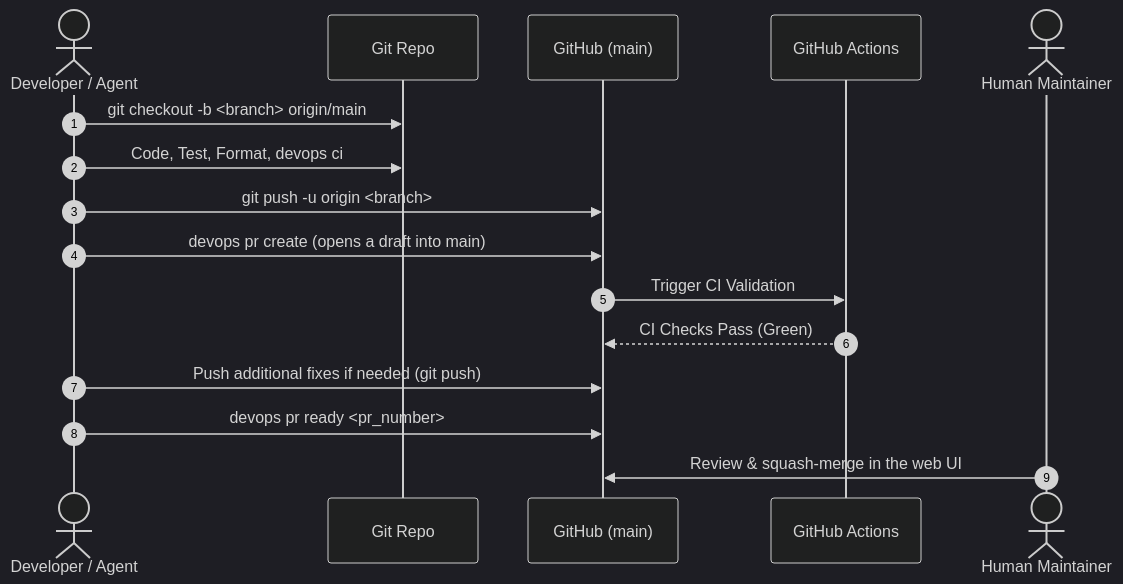
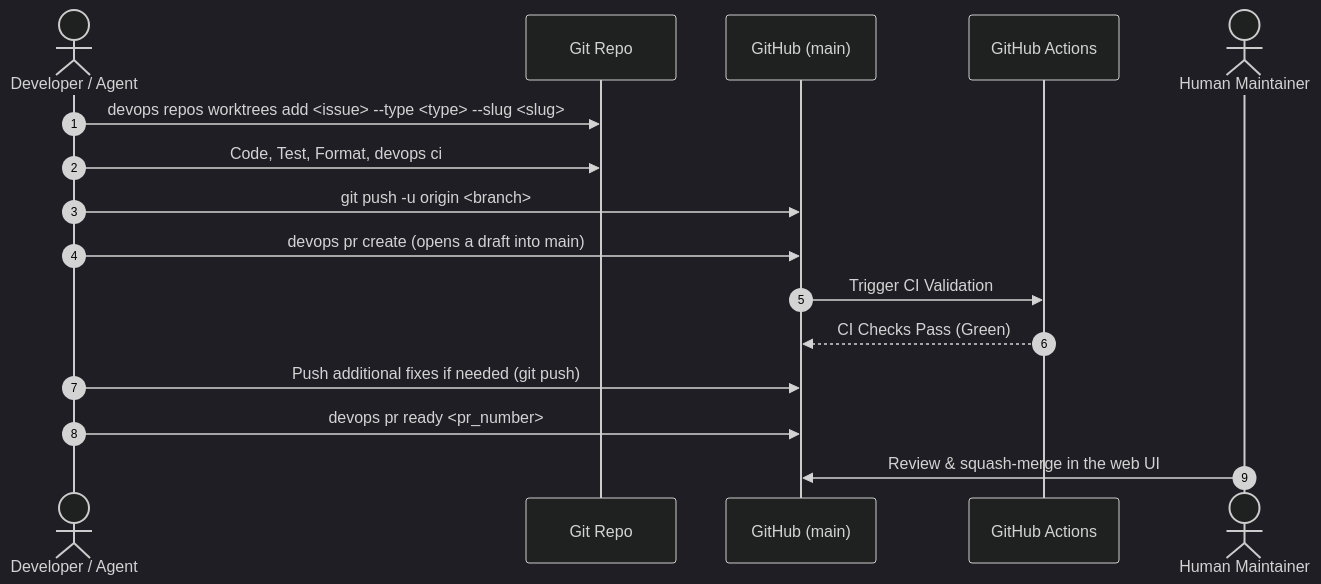
One commit to dan-petty/devops-cli changed the second of 2 diagrams in docs/ROUTINE_TASKS.md. Above: the diagram before and after it, drawn with Mermaid (dark theme). The commit also changed other lines of this file and 6 other files, not shown here.

First line of the commit message:
feat(repos): show the issue of each worktree in devops repos worktrees status

````diff
--- a/docs/ROUTINE_TASKS.md
+++ b/docs/ROUTINE_TASKS.md
@@ -153,19 +153,19 @@
 ```mermaid
 sequenceDiagram
     autonumber
     actor Dev as Developer / Agent
     participant Git as Git Repo
     participant Hub as GitHub (main)
     participant CI as GitHub Actions
     actor Maintainer as Human Maintainer
 
-    Dev->>Git: git checkout -b <branch> origin/main
+    Dev->>Git: devops repos worktrees add <issue> --type <type> --slug <slug>
     Dev->>Git: Code, Test, Format, devops ci
     Dev->>Hub: git push -u origin <branch>
     Dev->>Hub: devops pr create (opens a draft into main)
     Hub->>CI: Trigger CI Validation
     CI-->>Hub: CI Checks Pass (Green)
     Dev->>Hub: Push additional fixes if needed (git push)
     Dev->>Hub: devops pr ready <pr_number>
     Maintainer->>Hub: Review & squash-merge in the web UI
 ```
````
